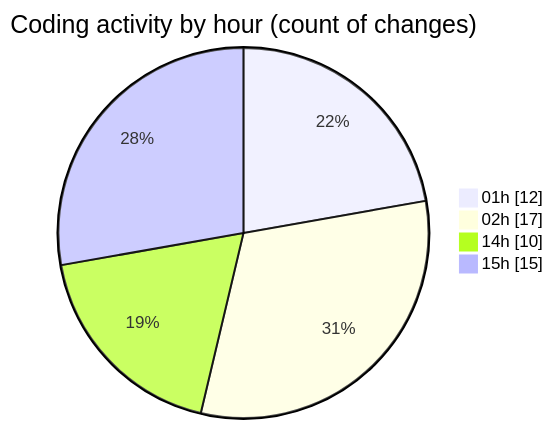
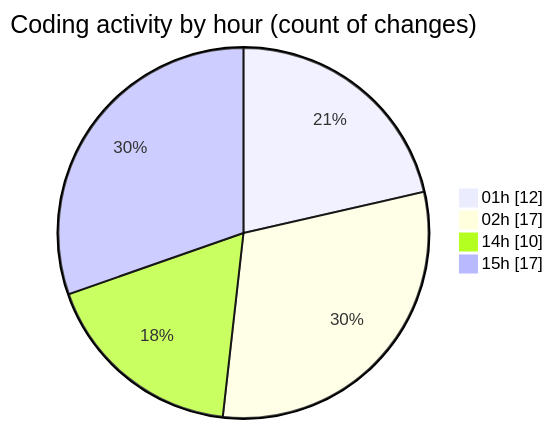
The second of 2 diagrams in 2025-11-16/eventscop-frontend-guide__workspace_/README.md (julien-gomy/code-tracking), drawn with Mermaid before and after one commit. The commit also changed other lines of this file and 1 other file, not shown here.

````diff
--- a/2025-11-16/eventscop-frontend-guide__workspace_/README.md
+++ b/2025-11-16/eventscop-frontend-guide__workspace_/README.md
@@ -44,8 +44,8 @@
 ```mermaid
 pie showData
 title Coding activity by hour (count of changes)
 "01h" : 12
 "02h" : 17
 "14h" : 10
-"15h" : 15
+"15h" : 17
 ```
````
